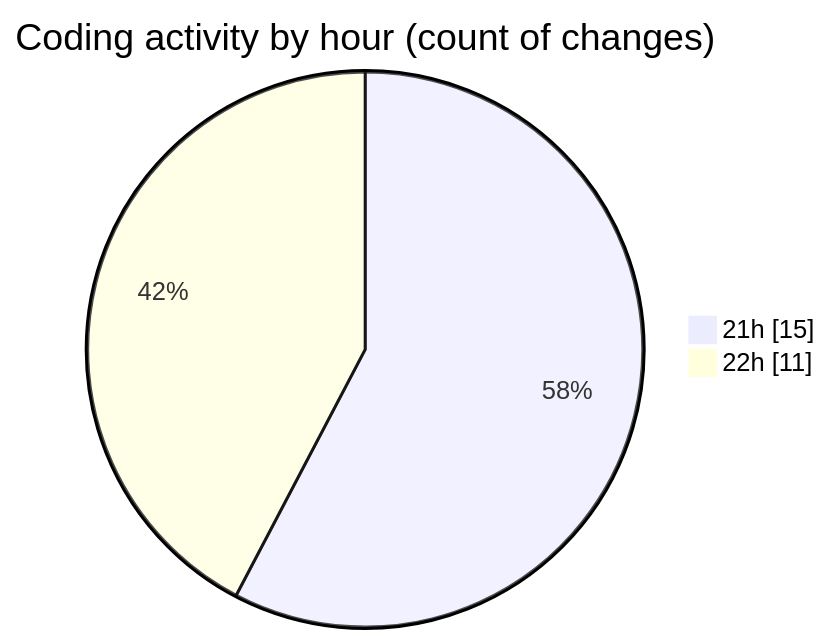
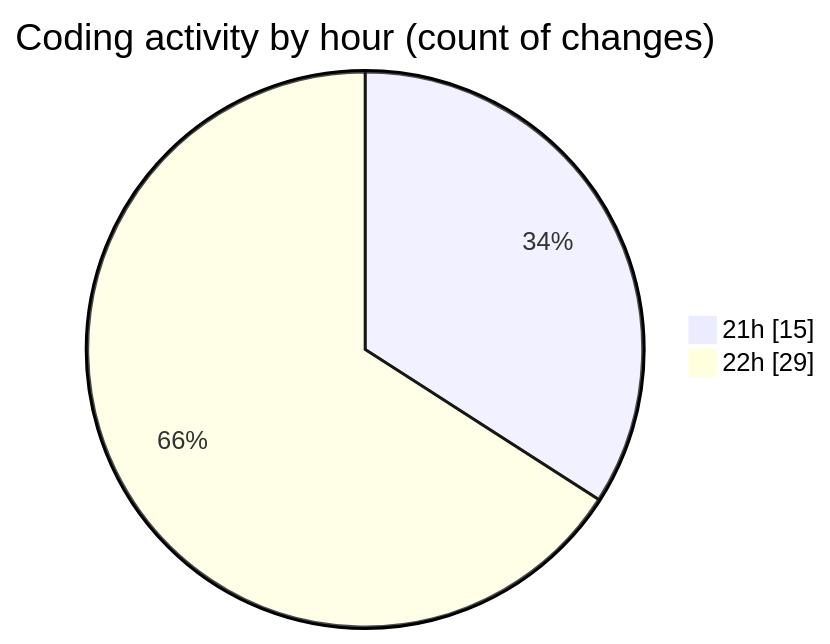
One commit to Ritupan-Deka/code-tracking changed the second of 2 diagrams in 2025-08-15/javascript/README.md. Above: the diagram before and after it, drawn with Mermaid. The commit also changed other lines of this file and 1 other file, not shown here.

````diff
--- a/2025-08-15/javascript/README.md
+++ b/2025-08-15/javascript/README.md
@@ -31,6 +31,6 @@
 ```mermaid
 pie showData
 title Coding activity by hour (count of changes)
 "21h" : 15
-"22h" : 11
+"22h" : 29
 ```
````
